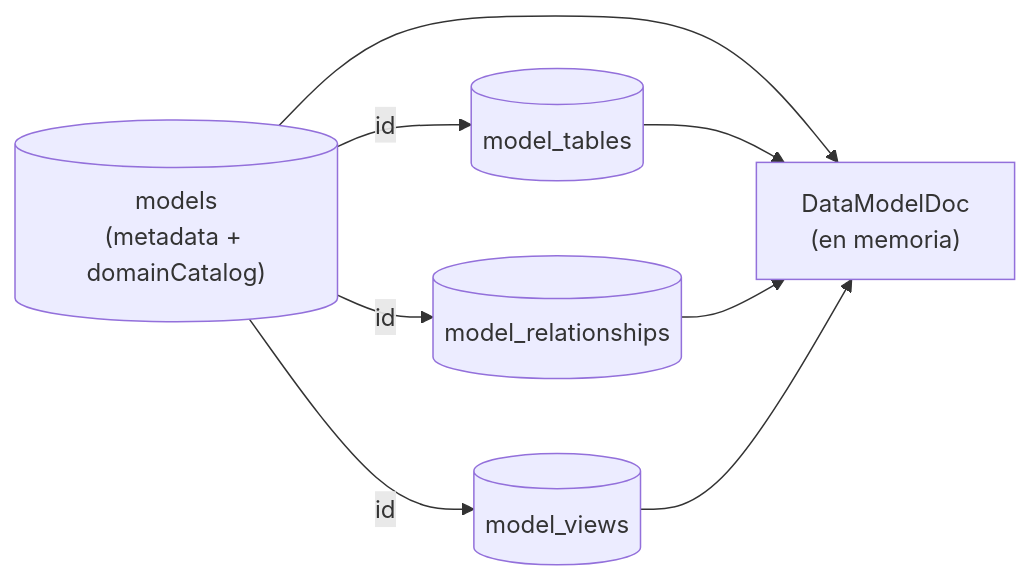
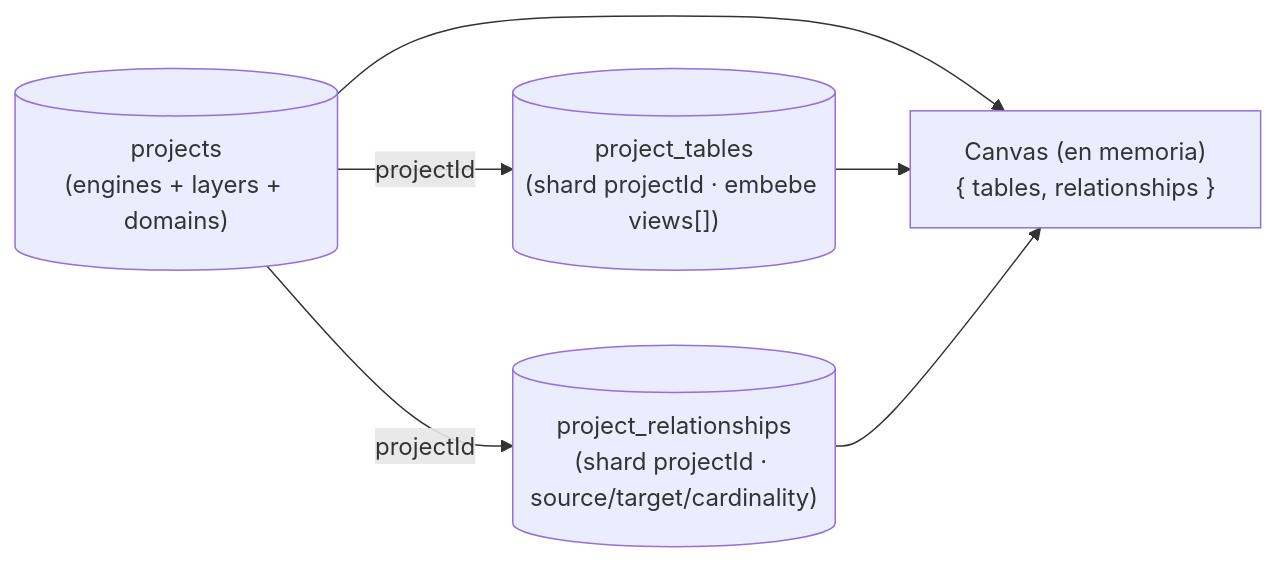
One commit to Carlosmps97/backend-data-model-hub changed the second of 2 diagrams in doc/schemas.md. Above: the diagram before and after it, drawn with Mermaid. The commit also changed other lines of this file and 23 other files, not shown here.

````diff
--- a/doc/schemas.md
+++ b/doc/schemas.md
@@ -160,14 +189,11 @@
 ```mermaid
 flowchart LR
-    M[("models<br/>(metadata + domainCatalog)")]
-    MT[("model_tables")]
-    MR[("model_relationships")]
-    MV[("model_views")]
-    M -->|"id"| MT
-    M -->|"id"| MR
-    M -->|"id"| MV
-    M --> DMD["DataModelDoc<br/>(en memoria)"]
-    MT --> DMD
-    MR --> DMD
-    MV --> DMD
+    P[("projects<br/>(engines + layers + domains)")]
+    PT[("project_tables<br/>(shard projectId · embebe views[])")]
+    PR[("project_relationships<br/>(shard projectId · source/target/cardinality)")]
+    P -->|"projectId"| PT
+    P -->|"projectId"| PR
+    P --> CV["Canvas (en memoria)<br/>{ tables, relationships }"]
+    PT --> CV
+    PR --> CV
 ```
````
